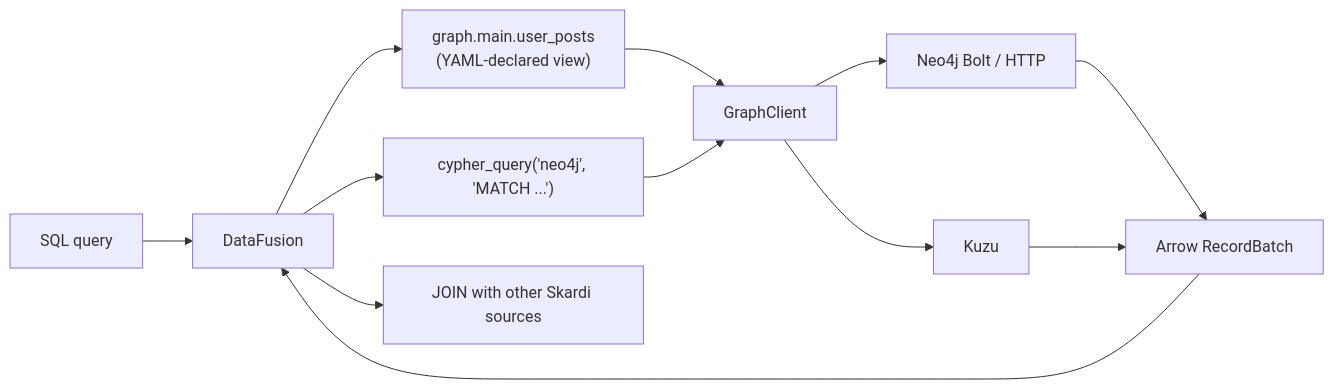
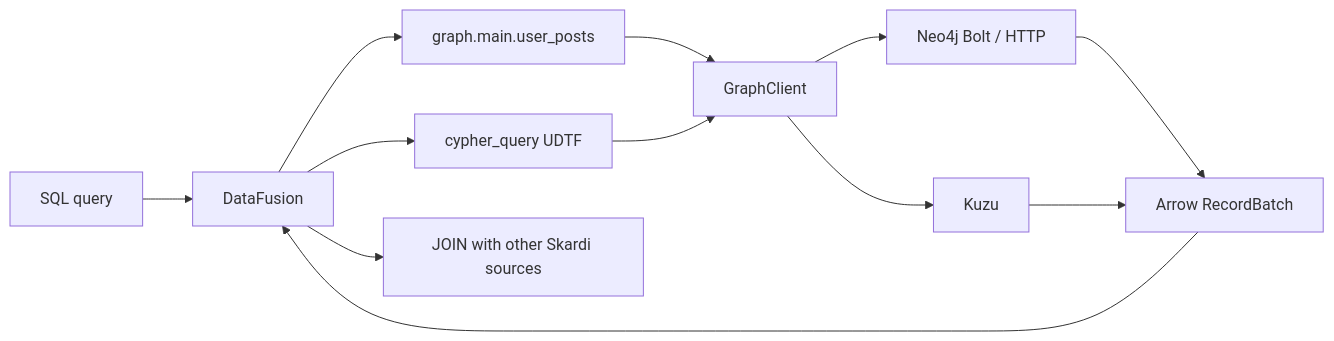
The diagram in docs/superpowers/specs/2026-08-08-graph-engine-bypass-design.md (SkardiLabs/skardi), drawn with Mermaid before and after one commit.

Commit message:
docs(superpowers): fix mermaid diagram rendering in graph design doc
Simplify label text to avoid GitHub mermaid rendering issues caused by
HTML line breaks and nested quotes in node labels.

````diff
--- a/docs/superpowers/specs/2026-08-08-graph-engine-bypass-design.md
+++ b/docs/superpowers/specs/2026-08-08-graph-engine-bypass-design.md
@@ -151,14 +151,14 @@
 ```mermaid
 flowchart LR
     SQL["SQL query"] --> DF["DataFusion"]
-    DF --> Catalog["graph.main.user_posts<br/>(YAML-declared view)"]
-    DF --> UDTF["cypher_query('neo4j', 'MATCH ...')"]
+    DF --> Catalog["graph.main.user_posts"]
+    DF --> UDTF["cypher_query UDTF"]
     Catalog --> Client["GraphClient"]
     UDTF --> Client
     Client --> Neo4j["Neo4j Bolt / HTTP"]
     Client --> Kuzu["Kuzu"]
     Neo4j --> Rows["Arrow RecordBatch"]
     Kuzu --> Rows
     Rows --> DF
     DF --> Join["JOIN with other Skardi sources"]
 ```
````
